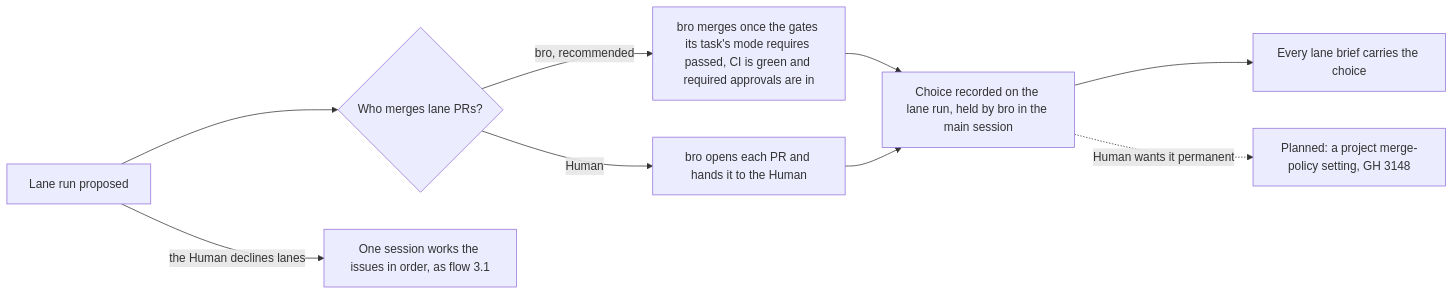
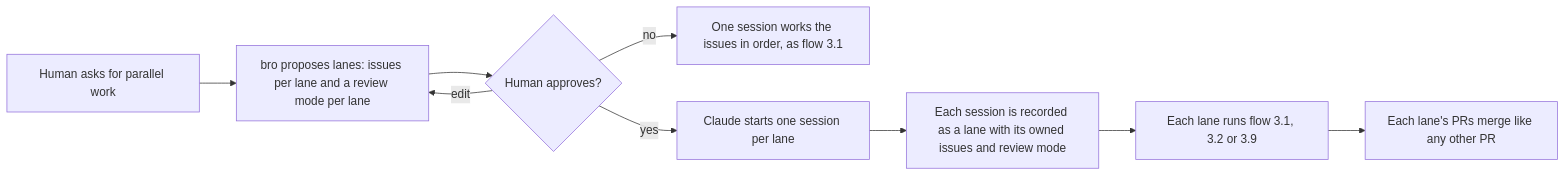
One commit to trustmybot/plugin changed the diagram in docs/architecture/LANES.md. Above: the diagram before and after it, drawn with Mermaid. The commit also changed other lines of this file and 5 other files, not shown here.

First line of the commit message:
📝 docs(architecture): lanes are a record, not a mechanism (GH 3024)

````diff
--- a/docs/architecture/LANES.md
+++ b/docs/architecture/LANES.md
@@ -31,11 +12,11 @@
 ```mermaid
 flowchart LR
-    A[Lane run proposed] --> B{Who merges lane PRs?}
-    A -- the Human declines lanes --> N[One session works the issues in order, as flow 3.1]
-    B -- bro, recommended --> C[bro merges once the gates its task's mode requires passed, CI is green and required approvals are in]
-    B -- Human --> D[bro opens each PR and hands it to the Human]
-    C --> E[Choice recorded on the lane run, held by bro in the main session]
-    D --> E
-    E --> F[Every lane brief carries the choice]
-    E -. Human wants it permanent .-> G[Planned: a project merge-policy setting, GH 3148]
+    A[Human asks for parallel work] --> B[bro proposes lanes: issues per lane and a review mode per lane]
+    B --> C{Human approves?}
+    C -- edit --> B
+    C -- no --> N[One session works the issues in order, as flow 3.1]
+    C -- yes --> D[Claude starts one session per lane]
+    D --> E[Each session is recorded as a lane with its owned issues and review mode]
+    E --> F[Each lane runs flow 3.1, 3.2 or 3.9]
+    F --> G[Each lane's PRs merge like any other PR]
 ```
````
